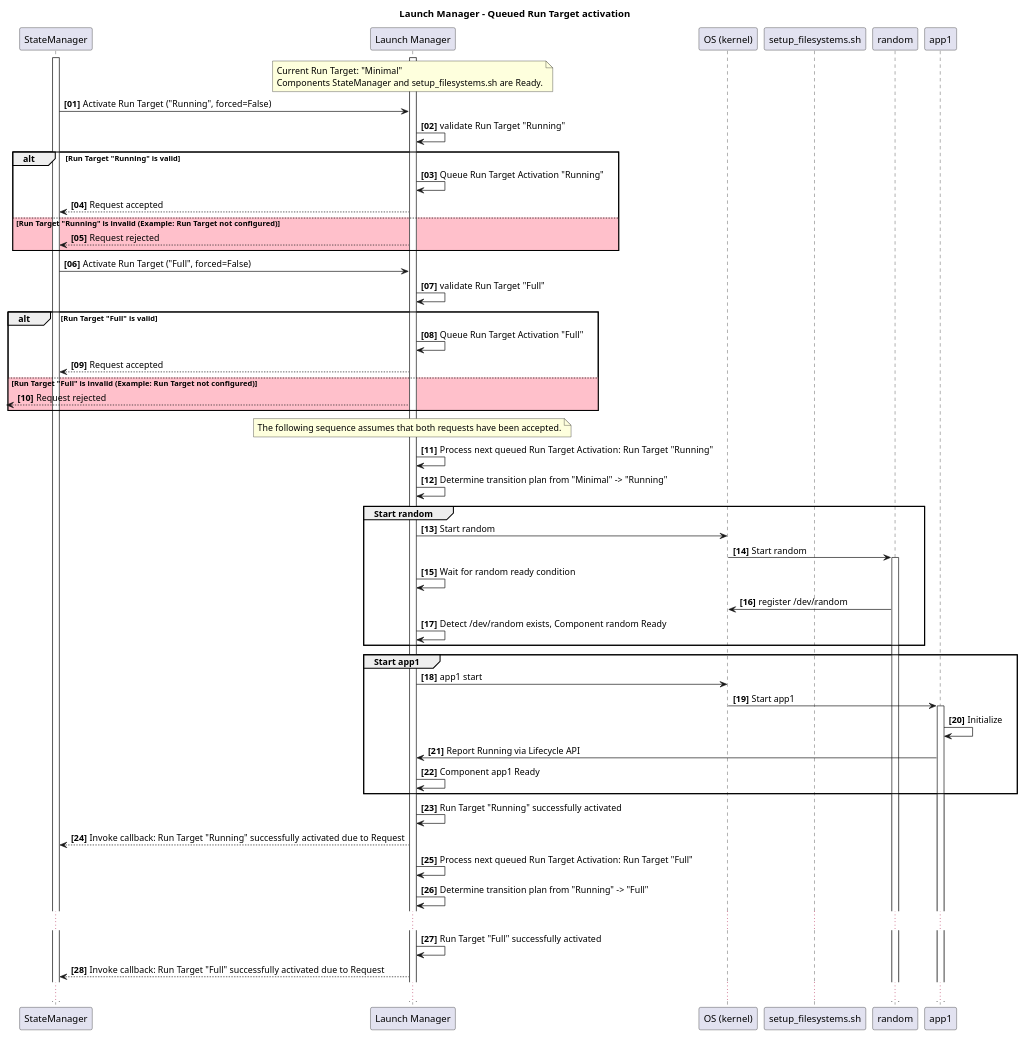
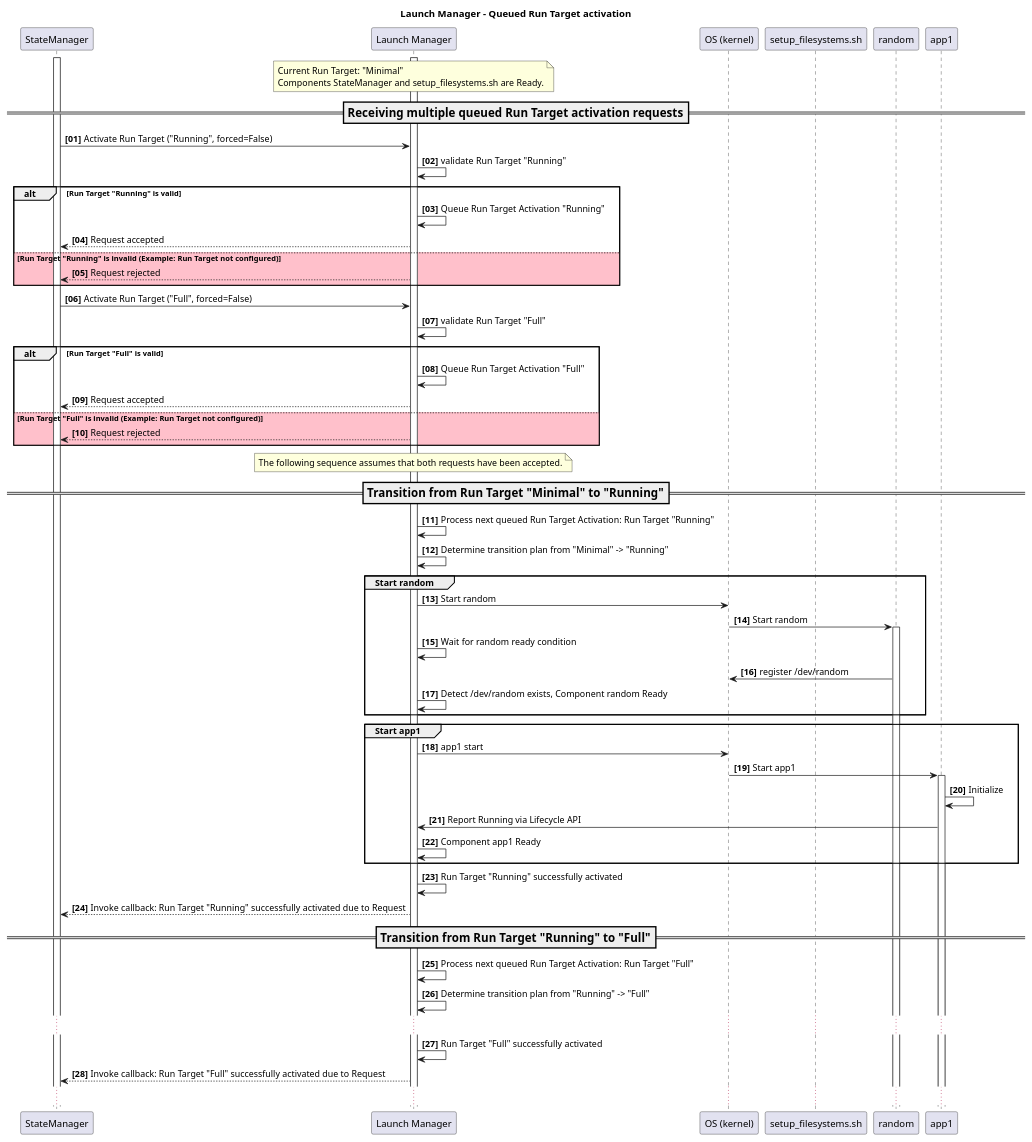
The diagram in docs/features/lifecycle/architecture/_assets/control_interface_queued_activation.puml (eclipse-score/lifecycle), drawn with PlantUML before and after one commit. The commit also changed 2 other files, not shown here.

Commit message:
More diagram improvements

```diff
--- a/docs/features/lifecycle/architecture/_assets/control_interface_queued_activation.puml
+++ b/docs/features/lifecycle/architecture/_assets/control_interface_queued_activation.puml
@@ -14,75 +14,81 @@
 @startuml
 title Launch Manager - Queued Run Target activation
 
 autonumber "<b>[00]"
 
 participant "StateManager" as sm
 participant "Launch Manager" as LM
 participant "OS (kernel)" as kernel
 participant "setup_filesystems.sh" as fs
 participant "random" as ran
 participant "app1" as app1
 
 activate LM
 activate sm
 
 note over LM
 Current Run Target: "Minimal"
 Components StateManager and setup_filesystems.sh are Ready.
 end note
 
+=== Receiving multiple queued Run Target activation requests ==
+
 sm -> LM : Activate Run Target ("Running", forced=False)
 LM -> LM: validate Run Target "Running"
 alt #White Run Target "Running" is valid
     LM -> LM: Queue Run Target Activation "Running"
     sm <-- LM: Request accepted
 else #Pink Run Target "Running" is invalid (Example: Run Target not configured)
     sm <-- LM: Request rejected
 end alt
 
 sm -> LM : Activate Run Target ("Full", forced=False)
 LM -> LM: validate Run Target "Full"
 alt #White Run Target "Full" is valid
     LM -> LM: Queue Run Target Activation "Full"
     sm <-- LM: Request accepted
 else #Pink Run Target "Full" is invalid (Example: Run Target not configured)
-    [<-- LM: Request rejected
+    sm <-- LM: Request rejected
 end alt
 
 note over LM
 The following sequence assumes that both requests have been accepted.
 end note
+
+=== Transition from Run Target "Minimal" to "Running" ==
 
 LM -> LM: Process next queued Run Target Activation: Run Target "Running"
 LM -> LM: Determine transition plan from "Minimal" -> "Running"
 
 group #White Start random
 LM -> kernel : Start random
 kernel -> ran ++ : Start random
 LM -> LM : Wait for random ready condition
 ran -> kernel : register /dev/random
 LM -> LM : Detect /dev/random exists, Component random Ready
 end group
 
 group #White Start app1
     LM -> kernel : app1 start
     kernel -> app1 ++ : Start app1
     app1 -> app1 : Initialize
     app1 -> LM : Report Running via Lifecycle API
     LM -> LM : Component app1 Ready
 end group
 
 LM -> LM: Run Target "Running" successfully activated
 sm <-- LM: Invoke callback: Run Target "Running" successfully activated due to Request
 
+=== Transition from Run Target "Running" to "Full" ==
+
 LM -> LM: Process next queued Run Target Activation: Run Target "Full"
 LM -> LM: Determine transition plan from "Running" -> "Full"
 
 ...
 
 LM -> LM: Run Target "Full" successfully activated
 sm <-- LM: Invoke callback: Run Target "Full" successfully activated due to Request
 
 
 ...
 @enduml
```
